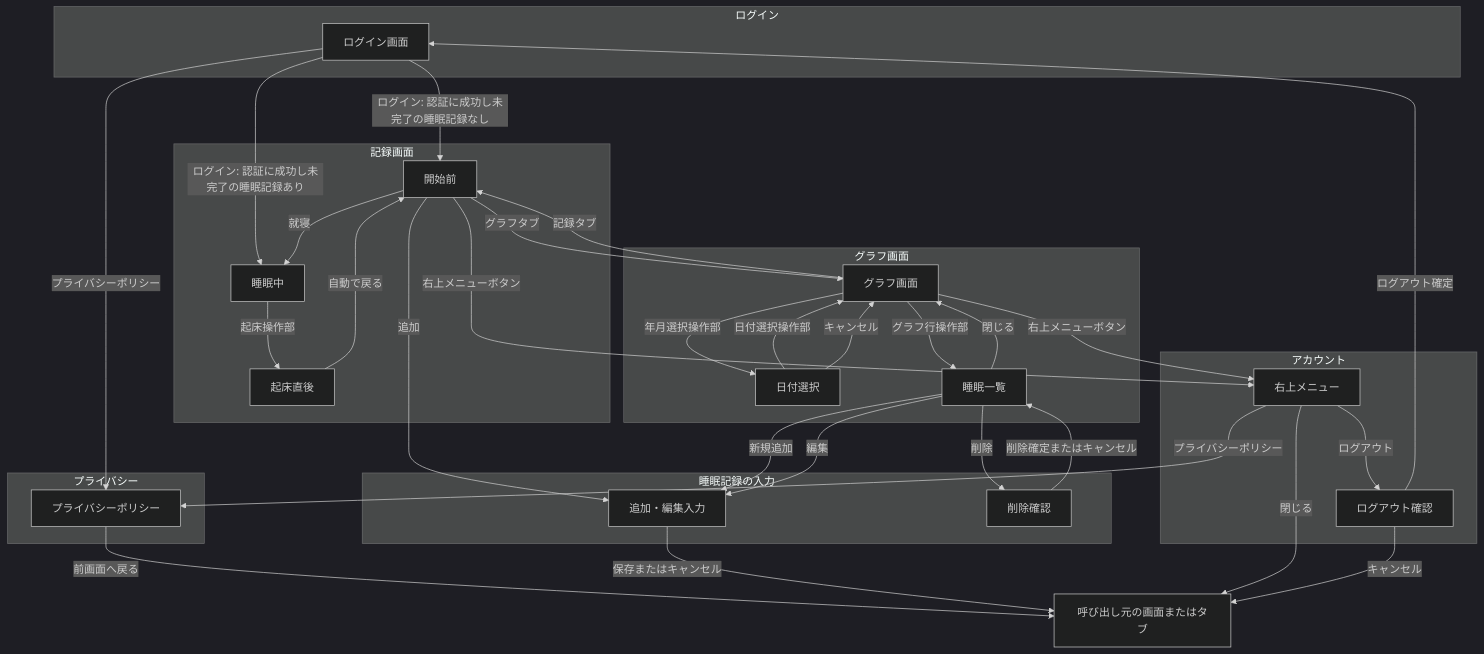
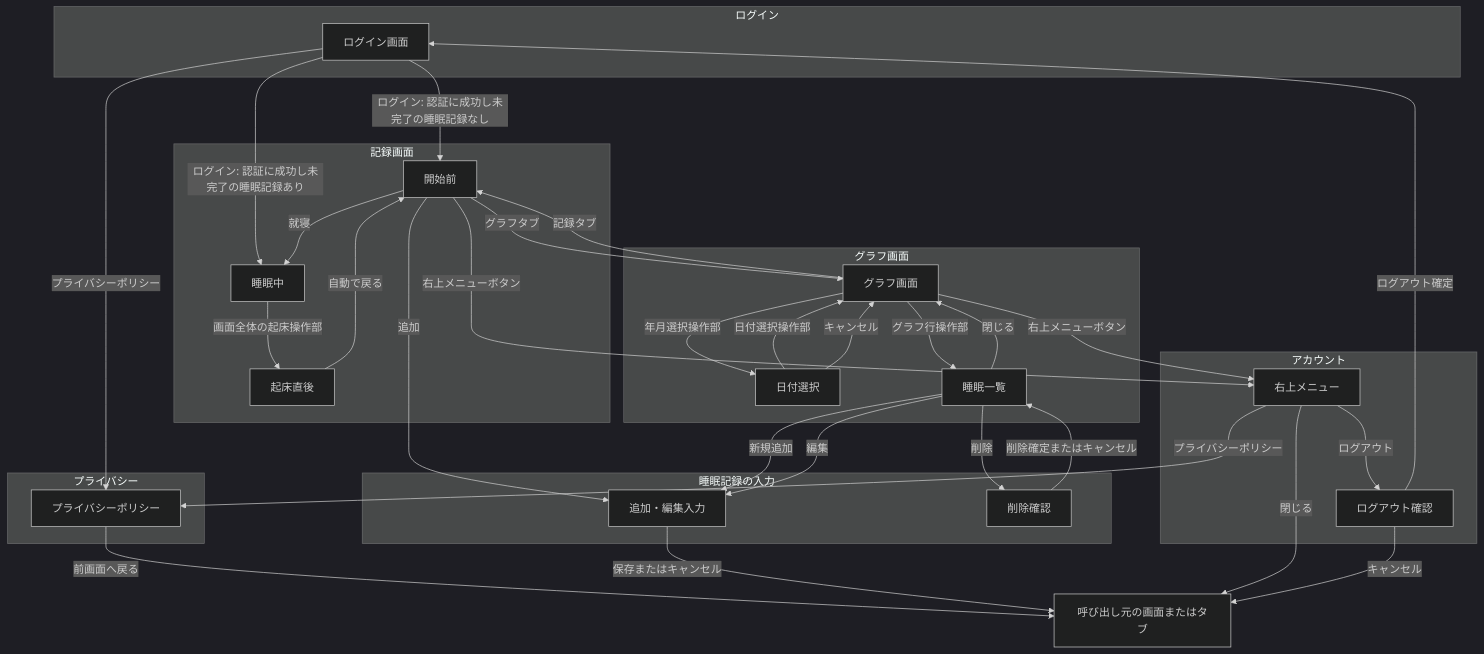
Before and after one commit to mimijima/SleepLog: the diagram in docs/v0/specification.md, drawn with Mermaid (dark theme). The commit also changed other lines of this file and 5 other files, not shown here.

````diff
--- a/docs/v0/specification.md
+++ b/docs/v0/specification.md
@@ -88,65 +88,65 @@
 ```mermaid
 flowchart TD
     subgraph loginCategory["ログイン"]
         loginScreen["ログイン画面"]
     end
 
     subgraph recordCategory["記録画面"]
         recordStart["開始前"]
         sleepingScreen["睡眠中"]
         wakeComplete["起床直後"]
     end
 
     subgraph graphCategory["グラフ画面"]
         graphScreen["グラフ画面"]
         datePicker["日付選択"]
         sleepList["睡眠一覧"]
     end
 
     subgraph inputCategory["睡眠記録の入力"]
         recordInput["追加・編集入力"]
         deleteConfirm["削除確認"]
     end
 
     subgraph privacyCategory["プライバシー"]
         privacyPolicy["プライバシーポリシー"]
     end
 
     subgraph accountCategory["アカウント"]
         accountMenu["右上メニュー"]
         logoutConfirm["ログアウト確認"]
     end
 
     caller["呼び出し元の画面またはタブ"]
 
     loginScreen -->|プライバシーポリシー| privacyPolicy
     privacyPolicy -->|前画面へ戻る| caller
     loginScreen -->|ログイン: 認証に成功し未完了の睡眠記録なし| recordStart
     loginScreen -->|ログイン: 認証に成功し未完了の睡眠記録あり| sleepingScreen
 
     recordStart -->|就寝| sleepingScreen
-    sleepingScreen -->|起床操作部| wakeComplete
+    sleepingScreen -->|画面全体の起床操作部| wakeComplete
     wakeComplete -->|自動で戻る| recordStart
     recordStart -->|グラフタブ| graphScreen
     graphScreen -->|記録タブ| recordStart
     recordStart -->|追加| recordInput
 
     graphScreen -->|年月選択操作部| datePicker
     datePicker -->|日付選択操作部| graphScreen
     datePicker -->|キャンセル| graphScreen
     graphScreen -->|グラフ行操作部| sleepList
     sleepList -->|閉じる| graphScreen
     sleepList -->|新規追加| recordInput
     sleepList -->|編集| recordInput
     recordInput -->|保存またはキャンセル| caller
     sleepList -->|削除| deleteConfirm
     deleteConfirm -->|削除確定またはキャンセル| sleepList
 
     recordStart -->|右上メニューボタン| accountMenu
     graphScreen -->|右上メニューボタン| accountMenu
     accountMenu -->|閉じる| caller
     accountMenu -->|プライバシーポリシー| privacyPolicy
     accountMenu -->|ログアウト| logoutConfirm
     logoutConfirm -->|ログアウト確定| loginScreen
     logoutConfirm -->|キャンセル| caller
 ```
````
